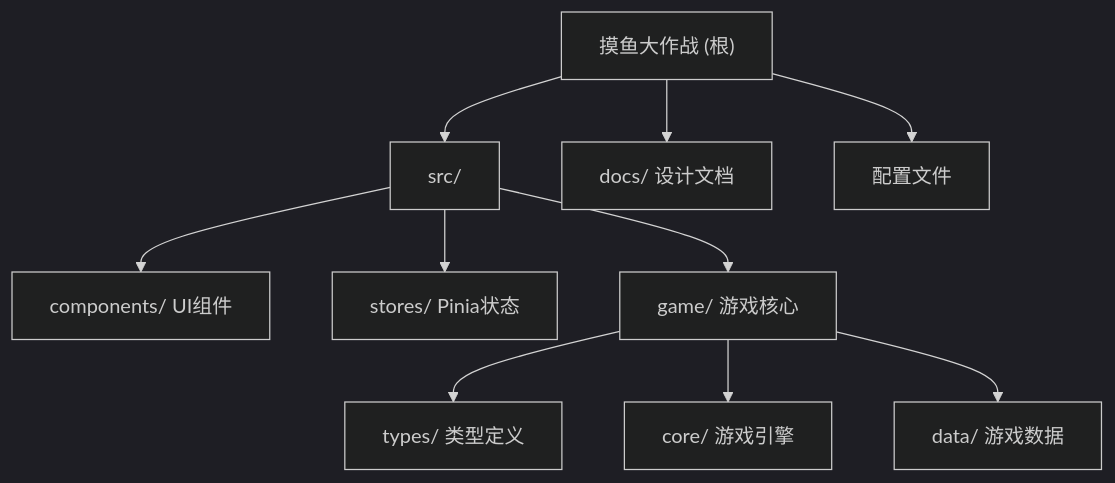
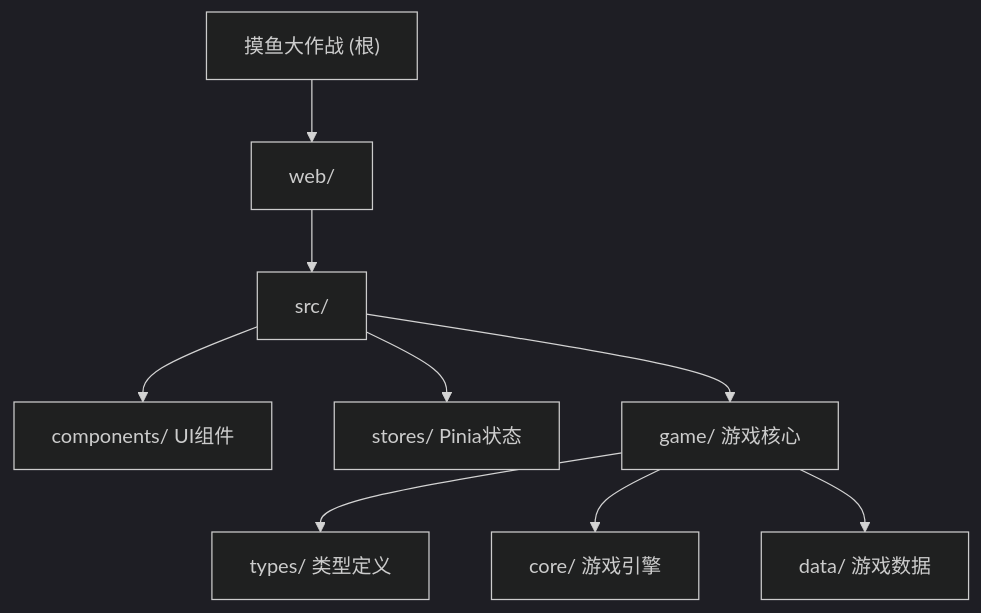
The diagram in CLAUDE.md (782042369/game), drawn with Mermaid (dark theme) before and after one commit. The commit also changed other lines of this file and 3 other files, not shown here.

````diff
--- a/CLAUDE.md
+++ b/CLAUDE.md
@@ -30,17 +30,15 @@
 ```mermaid
 graph TD
-    A["摸鱼大作战 (根)"] --> B["src/"];
-    B --> C["components/ UI组件"];
-    B --> D["stores/ Pinia状态"];
-    B --> E["game/ 游戏核心"];
-    E --> F["types/ 类型定义"];
-    E --> G["core/ 游戏引擎"];
-    E --> H["data/ 游戏数据"];
-    A --> I["docs/ 设计文档"];
-    A --> J["配置文件"];
+    A["摸鱼大作战 (根)"] --> B["web/"];
+    B --> C["src/"];
+    C --> D["components/ UI组件"];
+    C --> E["stores/ Pinia状态"];
+    C --> F["game/ 游戏核心"];
+    F --> G["types/ 类型定义"];
+    F --> H["core/ 游戏引擎"];
+    F --> I["data/ 游戏数据"];
 
-    click C "#src-components" "UI组件模块"
-    click D "#src-stores" "状态管理模块"
-    click E "#src-game" "游戏核心模块"
-    click I "#docs" "设计文档"
+    click D "#websrccomponents" "UI组件模块"
+    click E "#websrcstores" "状态管理模块"
+    click F "#websrcgame" "游戏核心模块"
 ```
````
